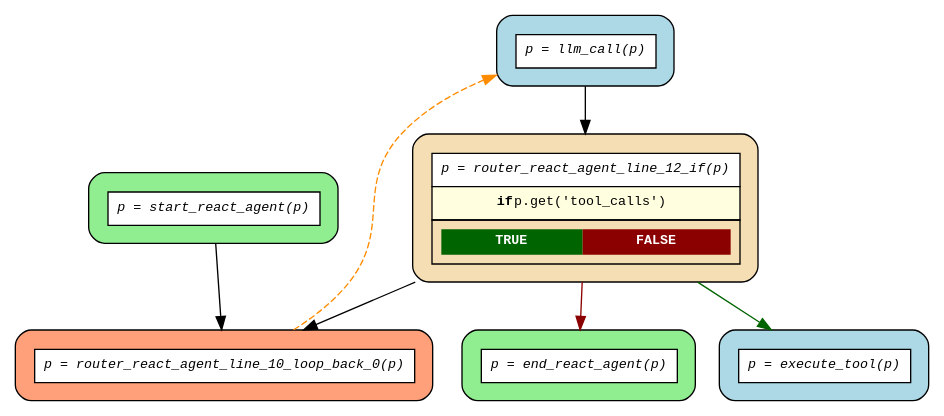
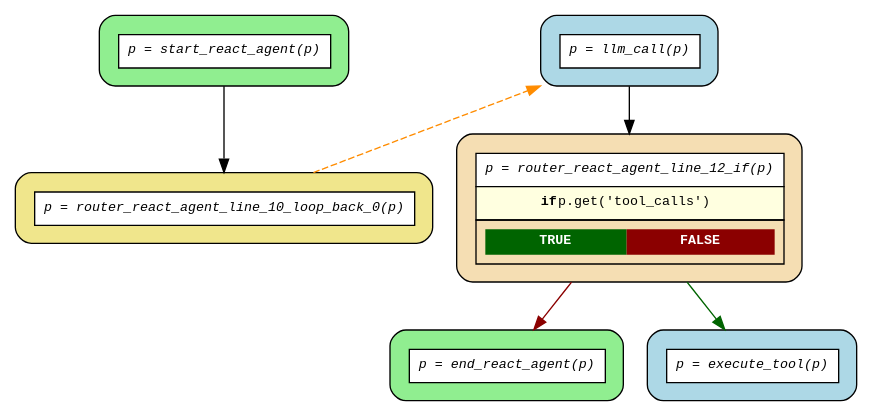
One commit to deliveryhero/asya changed the diagram in examples/flows/compiled/while_react_loop/flow.dot. Above: the diagram before and after it, drawn with Graphviz. The commit also changed 26 other files, not shown here.

First line of the commit message:
fix(flow): fix DOT graph spurious edges and loop-back router color

```diff
--- a/examples/flows/compiled/while_react_loop/flow.dot
+++ b/examples/flows/compiled/while_react_loop/flow.dot
@@ -1,20 +1,19 @@
 digraph flow {
   rankdir=TB;
   graph [fontname="Courier", fontsize=10];
   node [fontname="Courier", fontsize=10, shape=box, style="filled,rounded", margin="0.2"];
   edge [fontname="Courier", fontsize=10];
 
   start_react_agent [fillcolor="lightgreen", label=<<table border="0" cellspacing="0" cellpadding="6" cellborder="1"><tr><td bgcolor="white" align="center"><i>p = start_react_agent(p)</i></td></tr></table>>];
   router_react_agent_line_12_if [fillcolor="wheat", label=<<table border="0" cellspacing="0" cellpadding="6" cellborder="1"><tr><td bgcolor="white" align="center"><i>p = router_react_agent_line_12_if(p)</i></td></tr><tr><td bgcolor="lightyellow"><b>if</b> p.get('tool_calls')</td></tr><tr><td><table border="0" cellspacing="0" cellpadding="4"><tr><td bgcolor="darkgreen"><font color="white"><b>TRUE</b></font></td><td bgcolor="darkred"><font color="white"><b>FALSE</b></font></td></tr></table></td></tr></table>>];
-  router_react_agent_line_10_loop_back_0 [fillcolor="lightsalmon", label=<<table border="0" cellspacing="0" cellpadding="6" cellborder="1"><tr><td bgcolor="white" align="center"><i>p = router_react_agent_line_10_loop_back_0(p)</i></td></tr></table>>];
+  router_react_agent_line_10_loop_back_0 [fillcolor="khaki", label=<<table border="0" cellspacing="0" cellpadding="6" cellborder="1"><tr><td bgcolor="white" align="center"><i>p = router_react_agent_line_10_loop_back_0(p)</i></td></tr></table>>];
   end_react_agent [fillcolor="lightgreen", label=<<table border="0" cellspacing="0" cellpadding="6" cellborder="1"><tr><td bgcolor="white" align="center"><i>p = end_react_agent(p)</i></td></tr></table>>];
   execute_tool [fillcolor="lightblue", label=<<table border="0" cellspacing="0" cellpadding="6" cellborder="1"><tr><td bgcolor="white" align="center"><i>p = execute_tool(p)</i></td></tr></table>>];
   llm_call [fillcolor="lightblue", label=<<table border="0" cellspacing="0" cellpadding="6" cellborder="1"><tr><td bgcolor="white" align="center"><i>p = llm_call(p)</i></td></tr></table>>];
 
   llm_call -> router_react_agent_line_12_if;
   router_react_agent_line_10_loop_back_0 -> llm_call [style=dashed, color=darkorange, constraint=false];
   router_react_agent_line_12_if -> end_react_agent [color=darkred];
   router_react_agent_line_12_if -> execute_tool [color=darkgreen];
-  router_react_agent_line_12_if -> router_react_agent_line_10_loop_back_0;
   start_react_agent -> router_react_agent_line_10_loop_back_0;
 }
```
